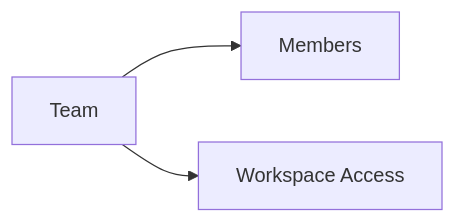
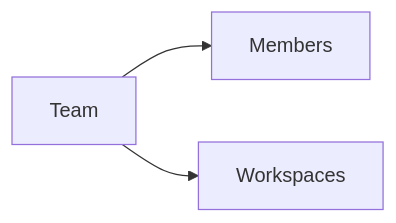
The diagram in docs/platform/teams.mdx (qefro-ai/qefro-documentation), drawn with Mermaid before and after one commit. The commit also changed other lines of this file and 46 other files, not shown here.

````diff
--- a/docs/platform/teams.mdx
+++ b/docs/platform/teams.mdx
@@ -37,5 +37,5 @@
 ```mermaid
 flowchart LR
-  Team[Team] --> Members
-  Team --> WS[Workspace Access]
+  Team --> Members
+  Team --> Workspaces
 ```
````
